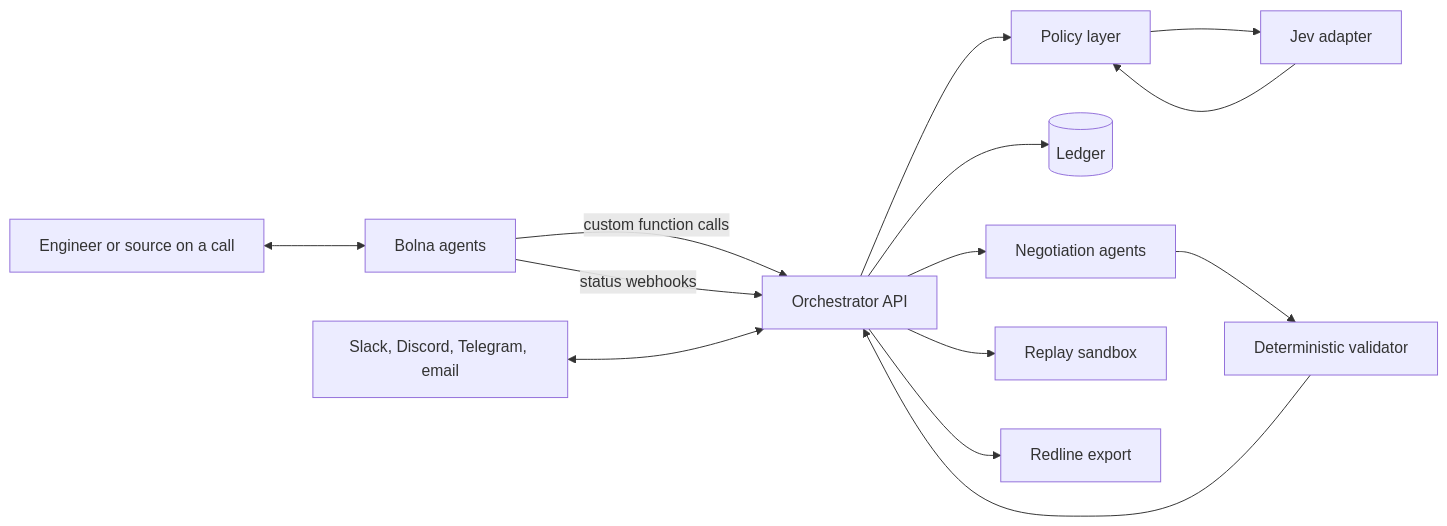
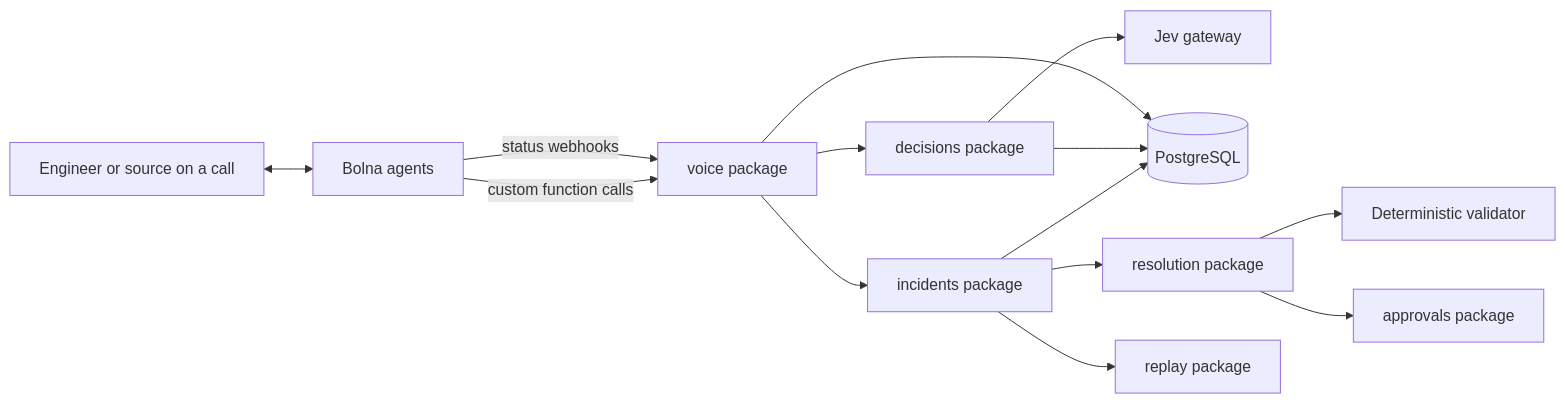
One commit to shreya-mishra325/svaar changed the diagram in plans/PLAN.md. Above: the diagram before and after it, drawn with Mermaid. The commit also changed other lines of this file, not shown here.

Commit message:
fix plan to match the bolna ai sdk

````diff
--- a/plans/PLAN.md
+++ b/plans/PLAN.md
@@ -36,16 +58,16 @@
 ```mermaid
 flowchart LR
     Caller[Engineer or source on a call] <--> Bolna[Bolna agents]
-    Bolna -- custom function calls --> API[Orchestrator API]
-    Bolna -- status webhooks --> API
-    Chat[Slack, Discord, Telegram, email] <--> API
-    API --> Policy[Policy layer]
-    Policy --> Jev[Jev adapter]
-    Jev --> Policy
-    API --> Ledger[(Ledger)]
-    API --> Neg[Negotiation agents]
-    Neg --> Validator[Deterministic validator]
-    Validator --> API
-    API --> Sandbox[Replay sandbox]
-    API --> Redline[Redline export]
+    Bolna -- custom function calls --> Voice[voice package]
+    Bolna -- status webhooks --> Voice
+    Voice --> Inc[incidents package]
+    Voice --> Dec[decisions package]
+    Dec --> Jev[Jev gateway]
+    Inc --> DB[(PostgreSQL)]
+    Dec --> DB
+    Voice --> DB
+    Inc --> Res[resolution package]
+    Res --> Val[Deterministic validator]
+    Res --> App[approvals package]
+    Inc --> Rep[replay package]
 ```
````
